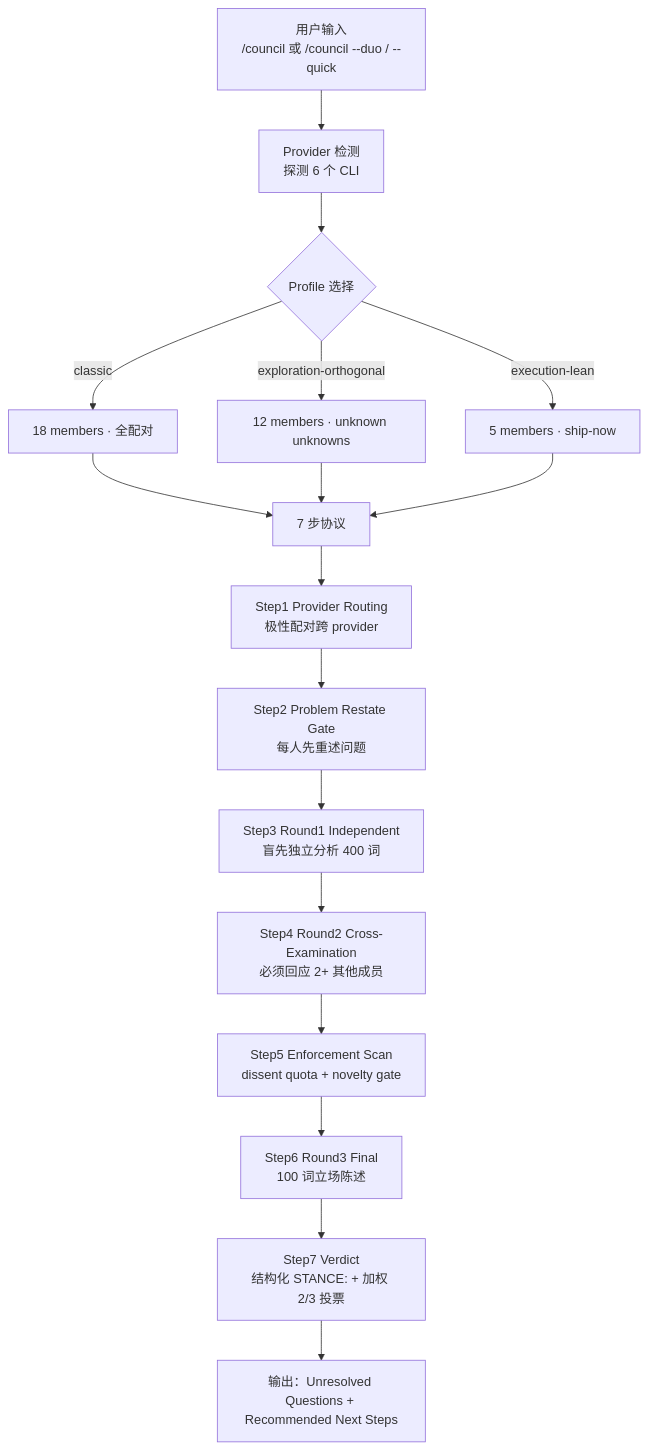
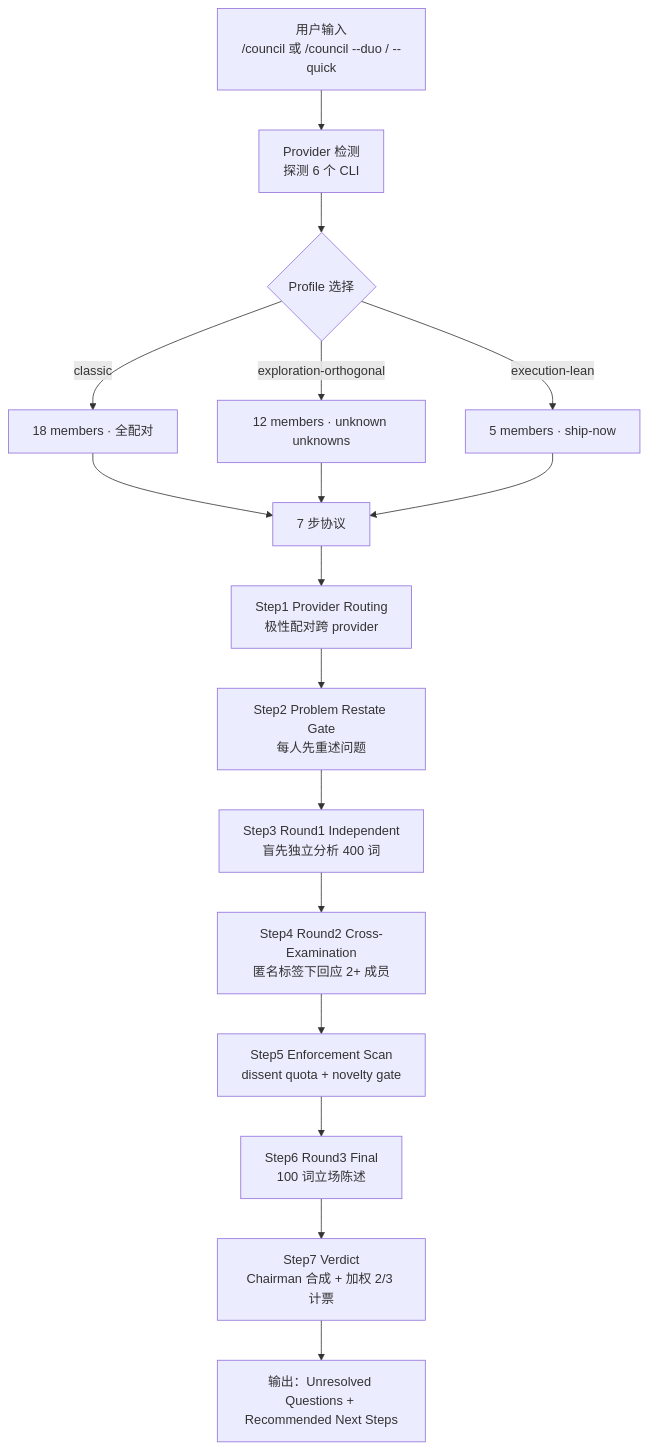
The diagram in content/posts/tech/0xnyk-council-of-high-intelligence-multi-persona-deliberation-framework.md (A1pha3/text-matrix), drawn with Mermaid before and after one commit. The commit also changed other lines of this file and 227 other files, not shown here.

````diff
--- a/content/posts/tech/0xnyk-council-of-high-intelligence-multi-persona-deliberation-framework.md
+++ b/content/posts/tech/0xnyk-council-of-high-intelligence-multi-persona-deliberation-framework.md
@@ -64,19 +65,19 @@
 ```mermaid
 flowchart TB
     A[用户输入<br/>/council 或 /council --duo / --quick] --> B[Provider 检测<br/>探测 6 个 CLI]
     B --> C{Profile 选择}
     C -->|classic| P1[18 members · 全配对]
     C -->|exploration-orthogonal| P2[12 members · unknown unknowns]
     C -->|execution-lean| P3[5 members · ship-now]
     P1 --> D[7 步协议]
     P2 --> D
     P3 --> D
     D --> D1[Step1 Provider Routing<br/>极性配对跨 provider]
     D1 --> D2[Step2 Problem Restate Gate<br/>每人先重述问题]
     D2 --> D3[Step3 Round1 Independent<br/>盲先独立分析 400 词]
-    D3 --> D4[Step4 Round2 Cross-Examination<br/>必须回应 2+ 其他成员]
+    D3 --> D4[Step4 Round2 Cross-Examination<br/>匿名标签下回应 2+ 成员]
     D4 --> D5[Step5 Enforcement Scan<br/>dissent quota + novelty gate]
     D5 --> D6[Step6 Round3 Final<br/>100 词立场陈述]
-    D6 --> D7[Step7 Verdict<br/>结构化 STANCE: + 加权 2/3 投票]
+    D6 --> D7[Step7 Verdict<br/>Chairman 合成 + 加权 2/3 计票]
     D7 --> E[输出：Unresolved Questions + Recommended Next Steps]
 ```
````
